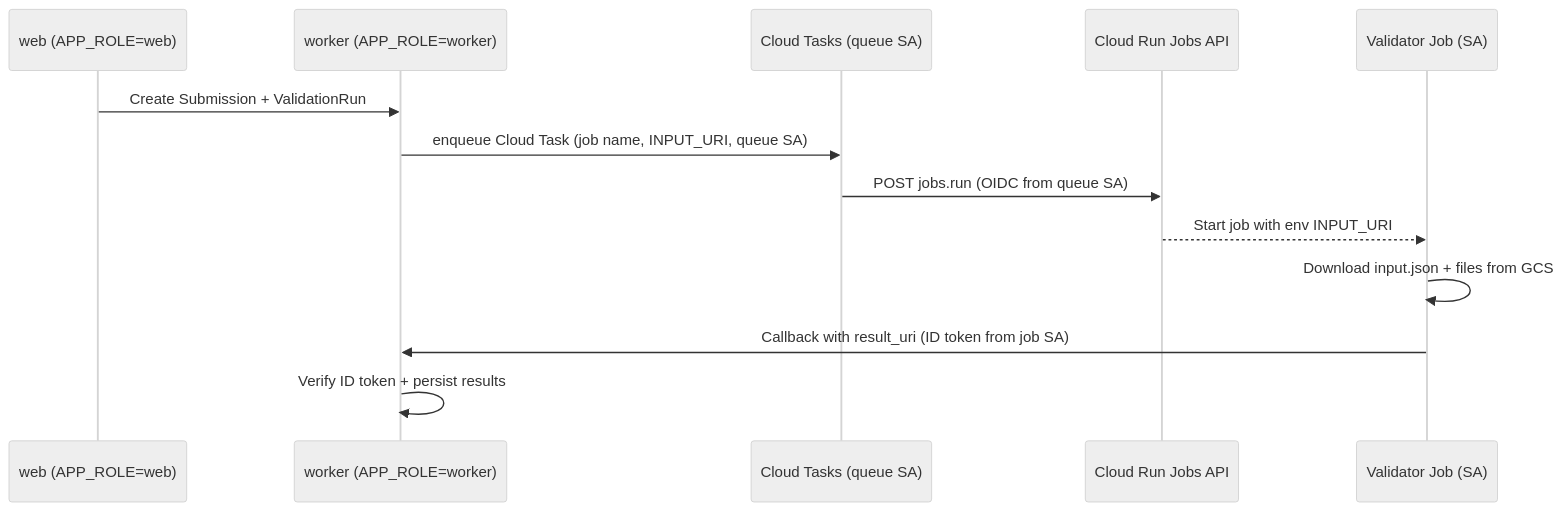
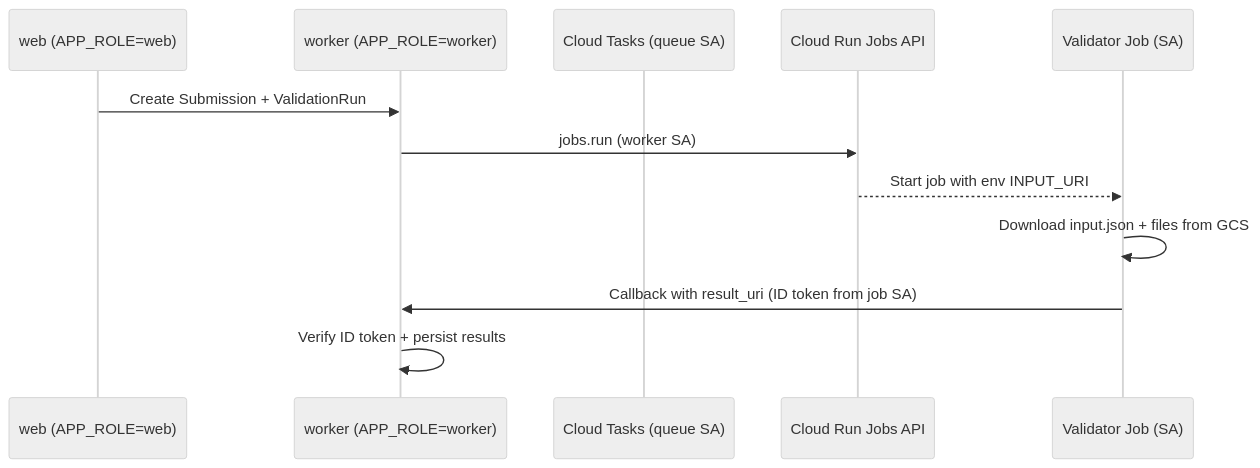
The diagram in docs/dev_docs/validator_jobs_cloud_run.md (danielmcquillen/validibot), drawn with Mermaid (neutral theme) before and after one commit. The commit also changed other lines of this file and 6 other files, not shown here.

Commit message:
Working on 'worker' to 'job' process

````diff
--- a/docs/dev_docs/validator_jobs_cloud_run.md
+++ b/docs/dev_docs/validator_jobs_cloud_run.md
@@ -12,16 +12,15 @@
 ```mermaid
 sequenceDiagram
     participant Web as web (APP_ROLE=web)
     participant Worker as worker (APP_ROLE=worker)
     participant Tasks as Cloud Tasks (queue SA)
     participant JobsAPI as Cloud Run Jobs API
     participant Job as Validator Job (SA)
 
     Web->>Worker: Create Submission + ValidationRun
-    Worker->>Tasks: enqueue Cloud Task (job name, INPUT_URI, queue SA)
-    Tasks->>JobsAPI: POST jobs.run (OIDC from queue SA)
+    Worker->>JobsAPI: jobs.run (worker SA)
     JobsAPI-->>Job: Start job with env INPUT_URI
     Job->>Job: Download input.json + files from GCS
     Job->>Worker: Callback with result_uri (ID token from job SA)
     Worker->>Worker: Verify ID token + persist results
 ```
````
